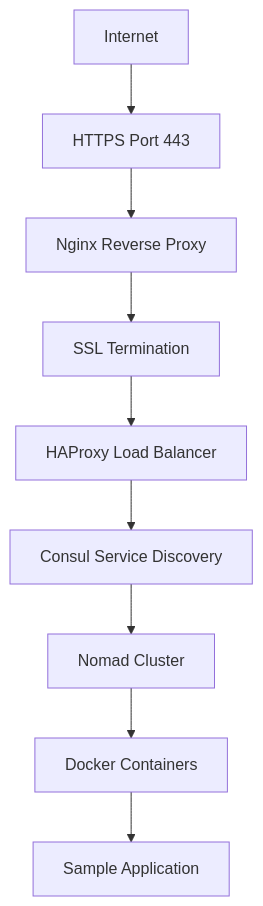
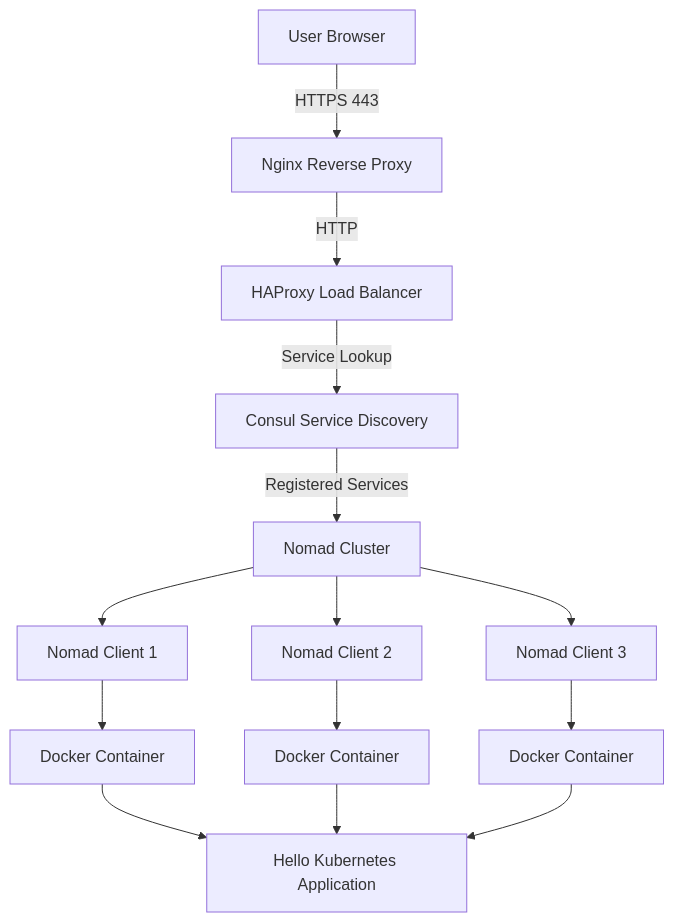
The diagram in fulldoc.md (AnithaAnnem/Apple-client), drawn with Mermaid before and after one commit. The commit also changed other lines of this file, not shown here.

````diff
--- a/fulldoc.md
+++ b/fulldoc.md
@@ -13,12 +13,23 @@
 ```mermaid
 flowchart TD
 
-    A[Internet] --> B[HTTPS Port 443]
-    B --> C[Nginx Reverse Proxy]
-    C --> D[SSL Termination]
-    D --> E[HAProxy Load Balancer]
-    E --> F[Consul Service Discovery]
-    F --> G[Nomad Cluster]
-    G --> H[Docker Containers]
-    H --> I[Sample Application]
+    User[User Browser] -->|HTTPS 443| Nginx[Nginx Reverse Proxy]
+
+    Nginx -->|HTTP| HAProxy[HAProxy Load Balancer]
+
+    HAProxy -->|Service Lookup| Consul[Consul Service Discovery]
+
+    Consul -->|Registered Services| Nomad[Nomad Cluster]
+
+    Nomad --> Node1[Nomad Client 1]
+    Nomad --> Node2[Nomad Client 2]
+    Nomad --> Node3[Nomad Client 3]
+
+    Node1 --> Docker1[Docker Container]
+    Node2 --> Docker2[Docker Container]
+    Node3 --> Docker3[Docker Container]
+
+    Docker1 --> App[Hello Kubernetes Application]
+    Docker2 --> App
+    Docker3 --> App
 ```
````
